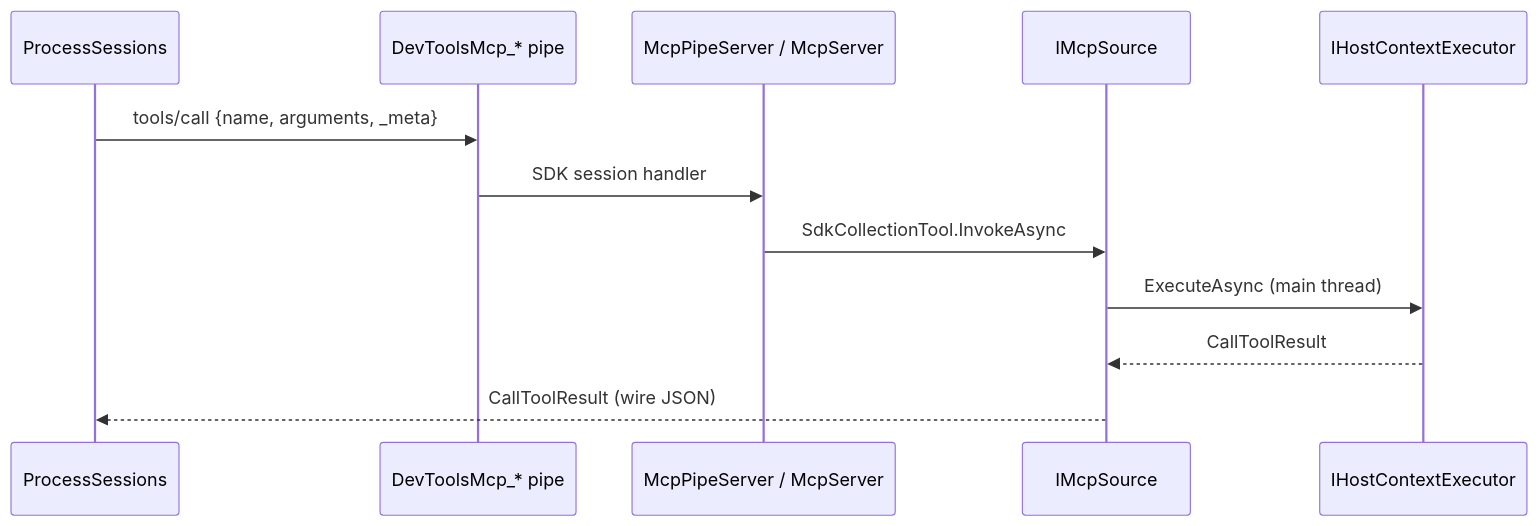
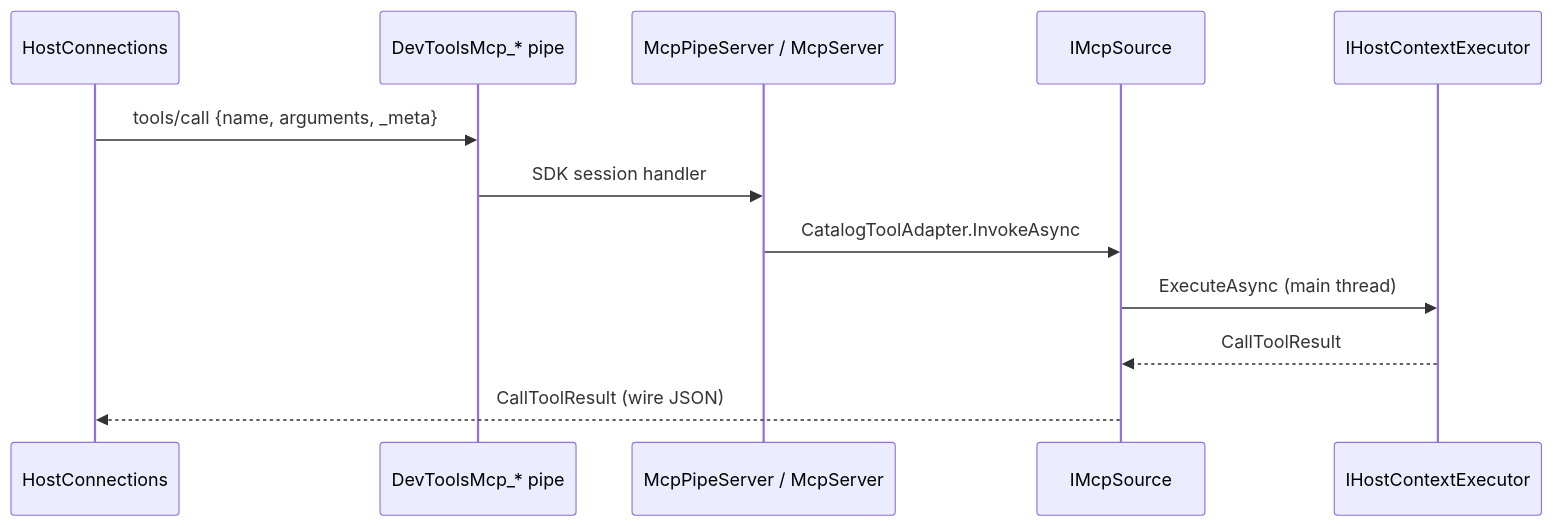
Before and after one commit to trgiangv/RevitDevTool: the diagram in docs/architecture/Execution/mcp-dispatch.md, drawn with Mermaid. The commit also changed 88 other files, not shown here.

````diff
--- a/docs/architecture/Execution/mcp-dispatch.md
+++ b/docs/architecture/Execution/mcp-dispatch.md
@@ -29,15 +29,15 @@
 ```mermaid
 sequenceDiagram
-    participant Daemon as ProcessSessions
+    participant Daemon as HostConnections
     participant Pipe as DevToolsMcp_* pipe
     participant Server as McpPipeServer / McpServer
     participant Source as IMcpSource
     participant Host as IHostContextExecutor
 
     Daemon->>Pipe: tools/call {name, arguments, _meta}
     Pipe->>Server: SDK session handler
-    Server->>Source: SdkCollectionTool.InvokeAsync
+    Server->>Source: CatalogToolAdapter.InvokeAsync
     Source->>Host: ExecuteAsync (main thread)
     Host-->>Source: CallToolResult
     Source-->>Daemon: CallToolResult (wire JSON)
 ```
````
